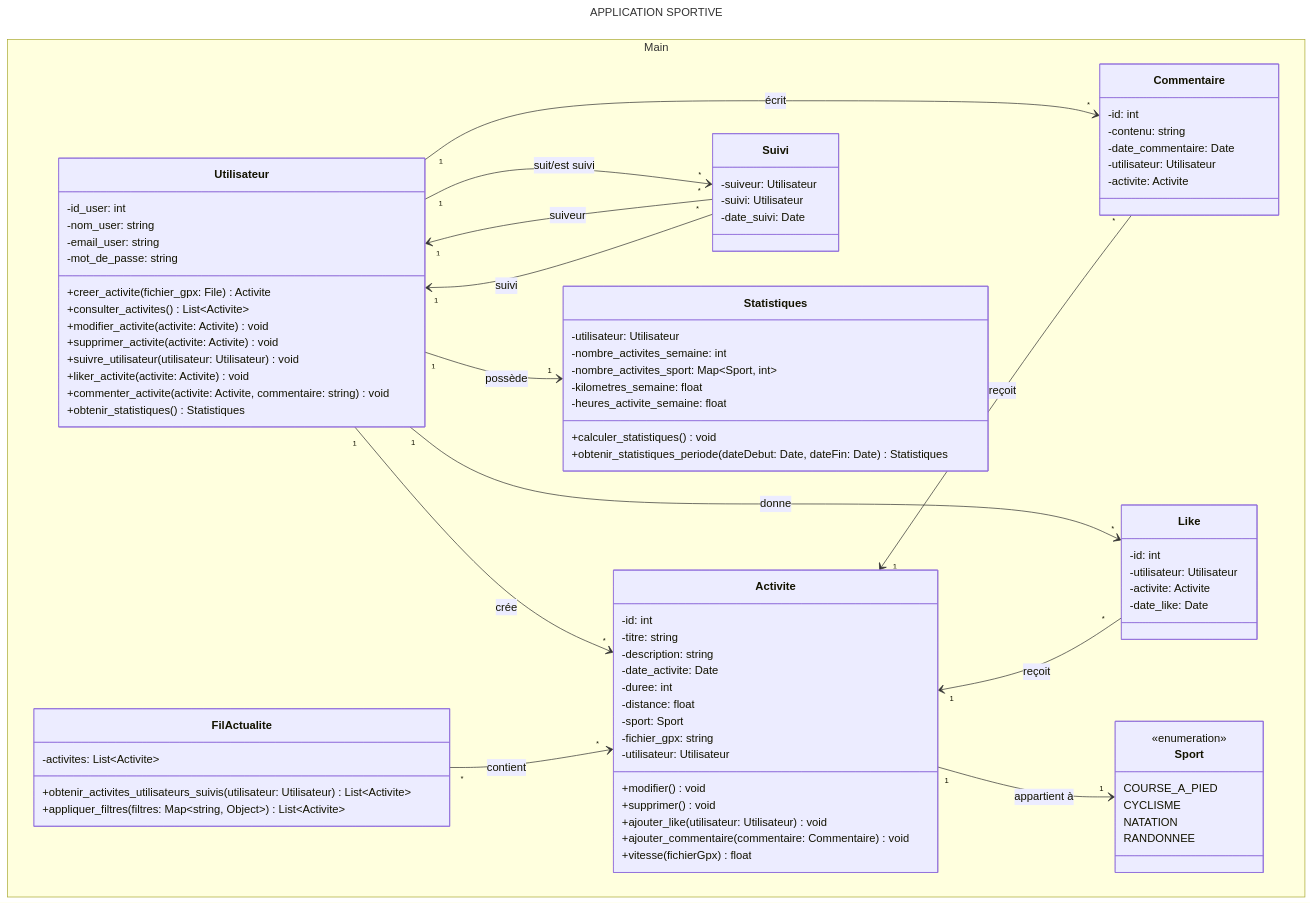
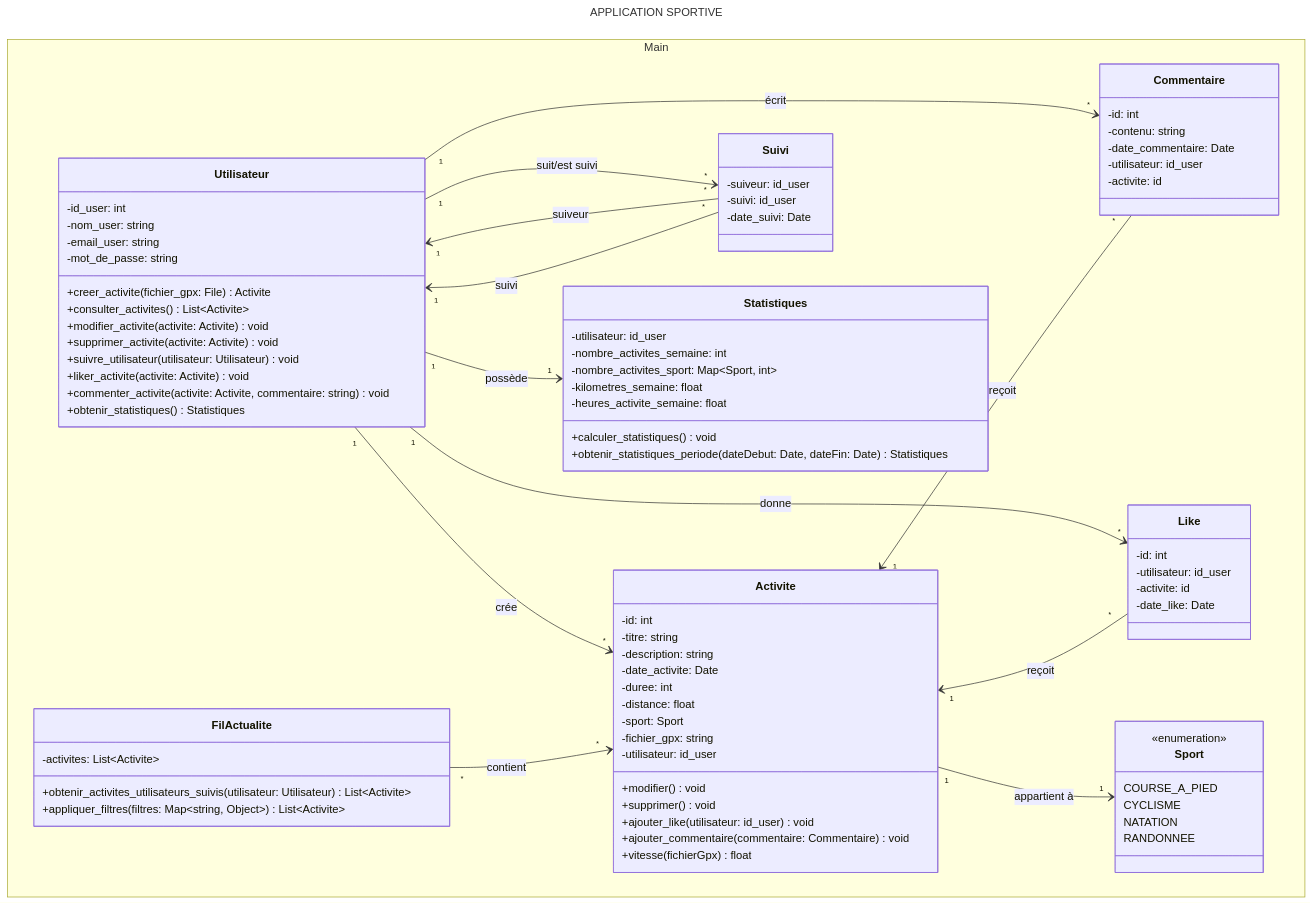
Before and after one commit to TeodoraHub/Info-2A-Strava: the diagram in codeuml.md, drawn with Mermaid.

Commit message:
id_user/id_activité modif

```diff
--- a/codeuml.md
+++ b/codeuml.md
@@ -32,10 +32,10 @@
         -distance: float
         -sport: Sport
         -fichier_gpx: string
-        -utilisateur: Utilisateur
+        -utilisateur: id_user
         +modifier() void
         +supprimer() void
-        +ajouter_like(utilisateur: Utilisateur) void
+        +ajouter_like(utilisateur: id_user) void
         +ajouter_commentaire(commentaire: Commentaire) void
         +vitesse(fichierGpx) float
     }
@@ -52,14 +52,14 @@
         -id: int
         -contenu: string
         -date_commentaire: Date
-        -utilisateur: Utilisateur
-        -activite: Activite
+        -utilisateur: id_user
+        -activite: id
     }
 
     class Like{
         -id: int
-        -utilisateur: Utilisateur
-        -activite: Activite
+        -utilisateur: id_user
+        -activite: id
         -date_like: Date
     }
 
@@ -70,13 +70,13 @@
     }
 
     class Suivi{
-        -suiveur: Utilisateur
-        -suivi: Utilisateur
+        -suiveur: id_user
+        -suivi: id_user
         -date_suivi: Date
     }
 
     class Statistiques{
-        -utilisateur: Utilisateur
+        -utilisateur: id_user
         -nombre_activites_semaine: int
         -nombre_activites_sport: Map~Sport, int~
         -kilometres_semaine: float
```
